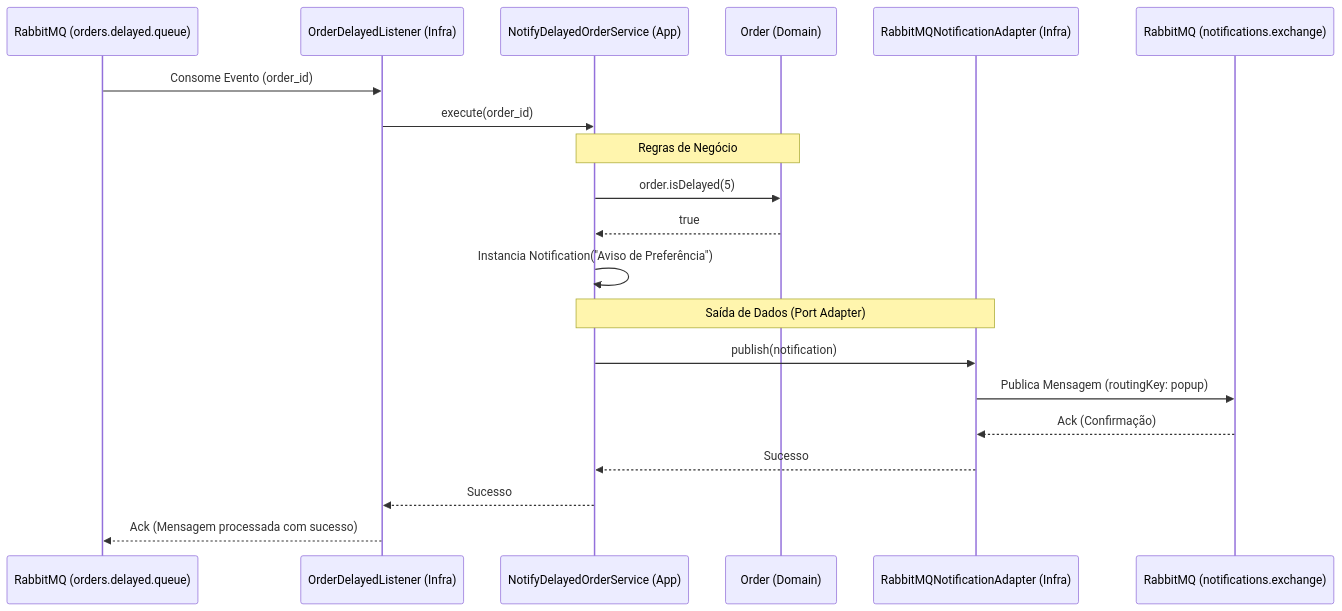
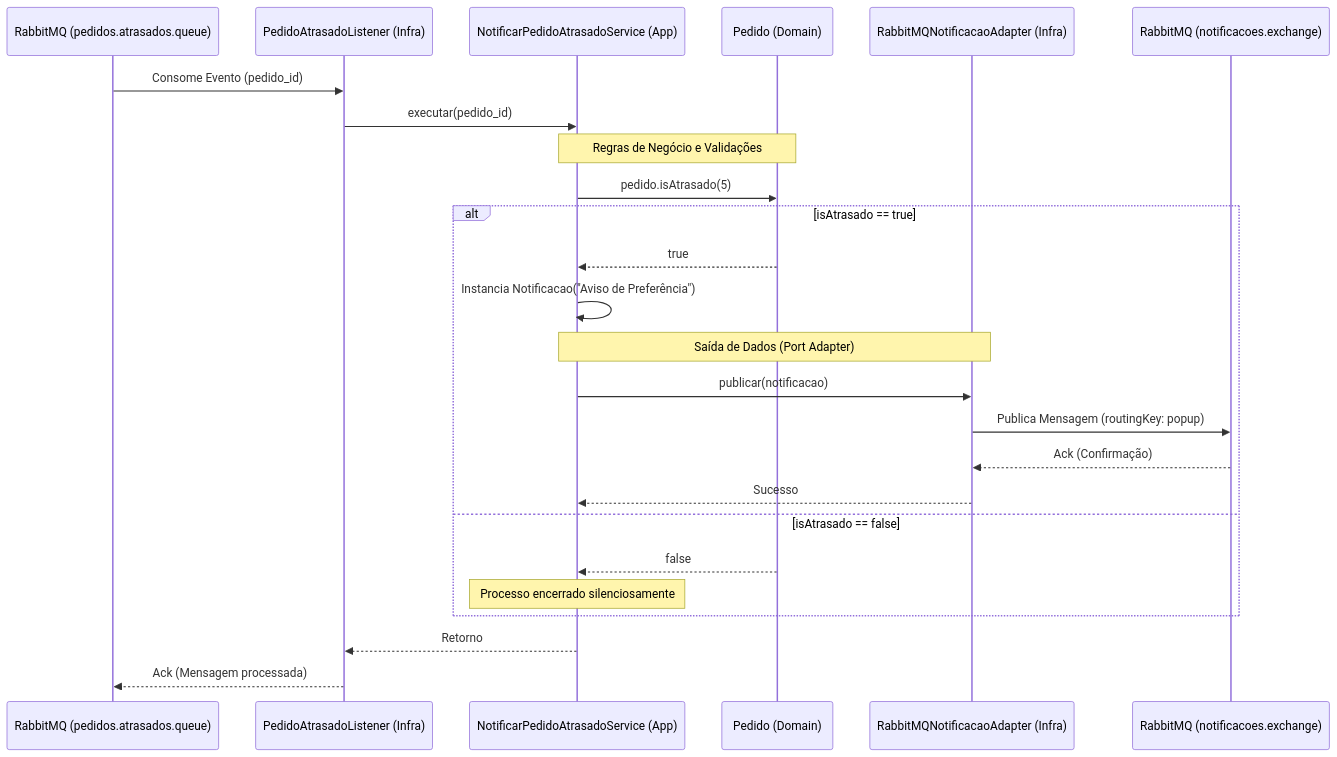
Before and after one commit to GuiTrevizSPTech/kento-cafe-notifications: the second of 3 diagrams in docs/ARCHITECTURE.md, drawn with Mermaid.

Commit message:
Update sequence diagram for delayed order processing

````diff
--- a/docs/ARCHITECTURE.md
+++ b/docs/ARCHITECTURE.md
@@ -87,27 +87,31 @@
 ```mermaid
 sequenceDiagram
-    participant RMQ_In as RabbitMQ (orders.delayed.queue)
-    participant Listener as OrderDelayedListener (Infra)
-    participant UseCase as NotifyDelayedOrderService (App)
-    participant Domain as Order (Domain)
-    participant RMQ_Out as RabbitMQNotificationAdapter (Infra)
-    participant Exchange as RabbitMQ (notifications.exchange)
+    participant RMQ_In as RabbitMQ (pedidos.atrasados.queue)
+    participant Listener as PedidoAtrasadoListener (Infra)
+    participant UseCase as NotificarPedidoAtrasadoService (App)
+    participant Domain as Pedido (Domain)
+    participant RMQ_Out as RabbitMQNotificacaoAdapter (Infra)
+    participant Exchange as RabbitMQ (notificacoes.exchange)
 
-    RMQ_In->>Listener: Consome Evento (order_id)
-    Listener->>UseCase: execute(order_id)
+    RMQ_In->>Listener: Consome Evento (pedido_id)
+    Listener->>UseCase: executar(pedido_id)
     
-    Note over UseCase,Domain: Regras de Negócio
-    UseCase->>Domain: order.isDelayed(5)
-    Domain-->>UseCase: true
+    Note over UseCase,Domain: Regras de Negócio e Validações
+    UseCase->>Domain: pedido.isAtrasado(5)
     
-    UseCase->>UseCase: Instancia Notification("Aviso de Preferência")
+    alt isAtrasado == true
+        Domain-->>UseCase: true
+        UseCase->>UseCase: Instancia Notificacao("Aviso de Preferência")
+        Note over UseCase,RMQ_Out: Saída de Dados (Port Adapter)
+        UseCase->>RMQ_Out: publicar(notificacao)
+        RMQ_Out->>Exchange: Publica Mensagem (routingKey: popup)
+        Exchange-->>RMQ_Out: Ack (Confirmação)
+        RMQ_Out-->>UseCase: Sucesso
+    else isAtrasado == false
+        Domain-->>UseCase: false
+        Note over UseCase: Processo encerrado silenciosamente
+    end
     
-    Note over UseCase,RMQ_Out: Saída de Dados (Port Adapter)
-    UseCase->>RMQ_Out: publish(notification)
-    RMQ_Out->>Exchange: Publica Mensagem (routingKey: popup)
-    
-    Exchange-->>RMQ_Out: Ack (Confirmação)
-    RMQ_Out-->>UseCase: Sucesso
-    UseCase-->>Listener: Sucesso
-    Listener-->>RMQ_In: Ack (Mensagem processada com sucesso)
+    UseCase-->>Listener: Retorno
+    Listener-->>RMQ_In: Ack (Mensagem processada)
 ```
````
